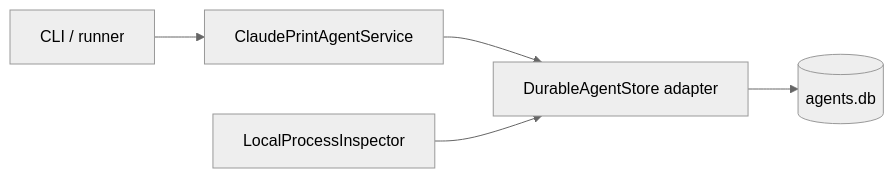
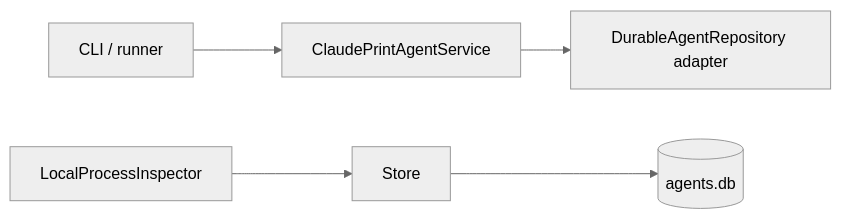
One commit to codeaholicguy/ai-devkit changed the diagram in docs/ai/design/2026-08-18-feature-durable-agents-sqlite.md. Above: the diagram before and after it, drawn with Mermaid (neutral theme). The commit also changed other lines of this file and 19 other files, not shown here.

Commit message:
refactor(agent): rename durable agent store to repository

````diff
--- a/docs/ai/design/2026-08-18-feature-durable-agents-sqlite.md
+++ b/docs/ai/design/2026-08-18-feature-durable-agents-sqlite.md
@@ -11,7 +11,7 @@
 ```mermaid
 flowchart LR
   CLI[CLI / runner] --> Service[ClaudePrintAgentService]
-  Service --> Store[DurableAgentStore adapter]
+  Service --> Repository[DurableAgentRepository adapter]
   Store --> DB[(agents.db)]
   Inspector[LocalProcessInspector] --> Store
 ```
````
